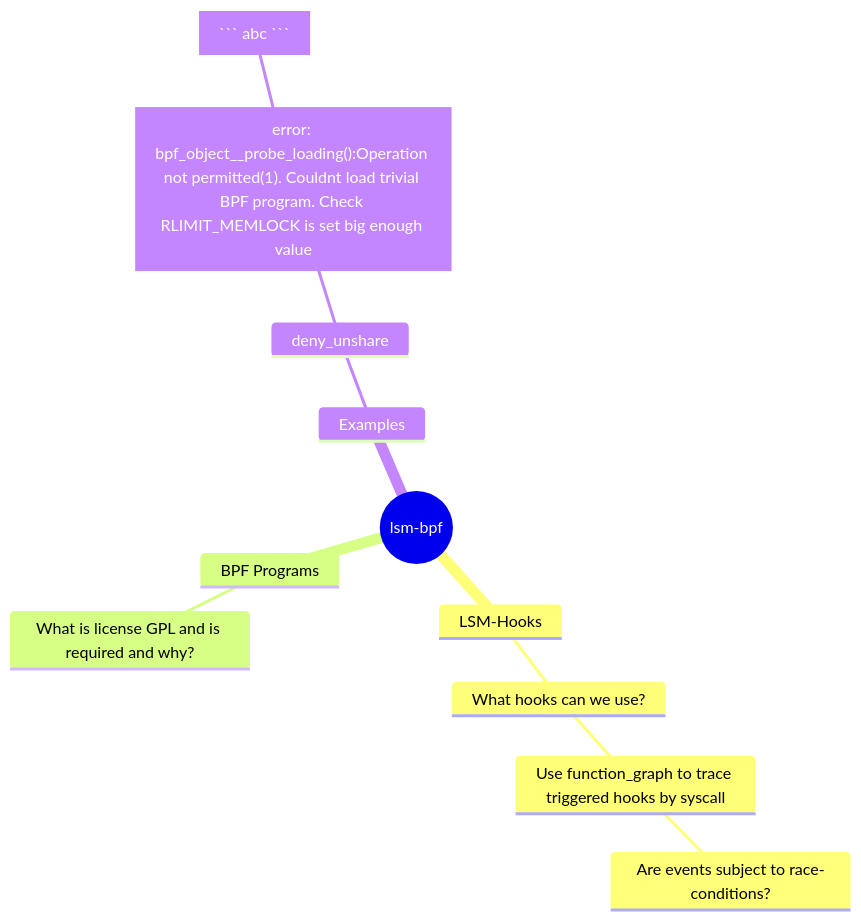
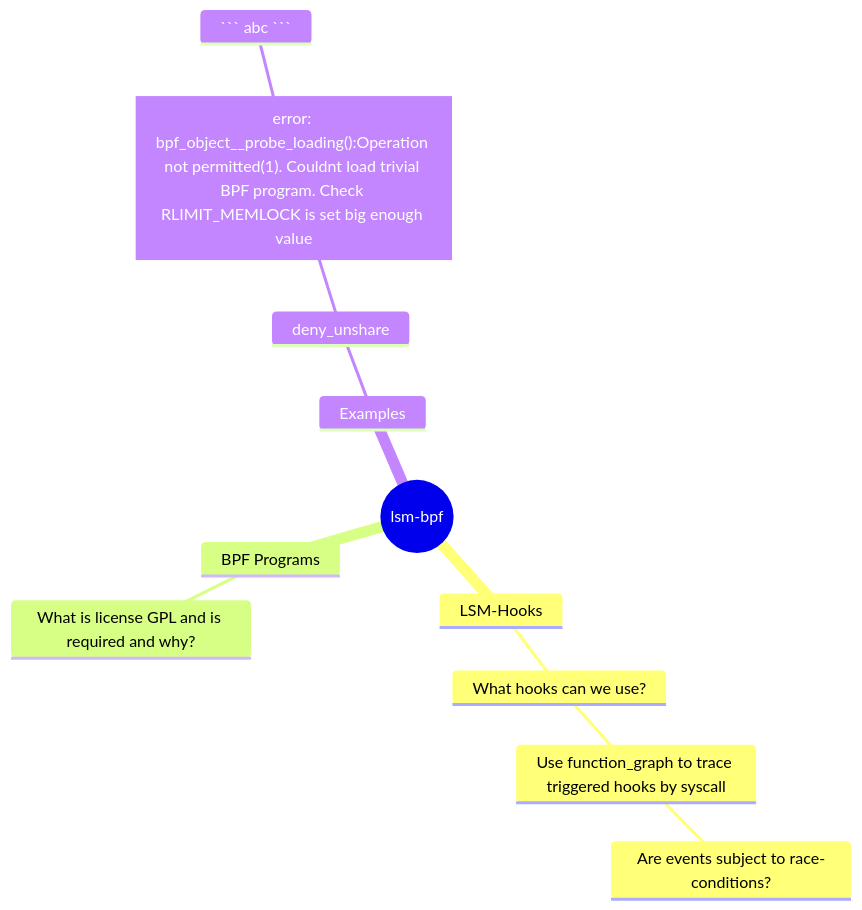
One commit to Turbodunker/lsm-bpf changed the diagram in Questions:.md. Above: the diagram before and after it, drawn with Mermaid.

Commit message:
Updated Questions: (markdown)

````diff
--- a/Questions:.md
+++ b/Questions:.md
@@ -6,15 +6,15 @@
 ``` mermaid
     mindmap
         root((lsm-bpf))
             LSM-Hooks
                 What hooks can we use?
                     Use function_graph to trace triggered hooks by syscall
                         Are events subject to race-conditions?
             BPF Programs
                 What is license GPL and is required and why?
             Examples
                 deny_unshare
                     id1["error: bpf_object__probe_loading():Operation not permitted(1). Couldnt load trivial BPF program. Check RLIMIT_MEMLOCK is set big enough value"]
-                        id2[``` abc ```]
+                        ``` abc ```
 
 ```
````
